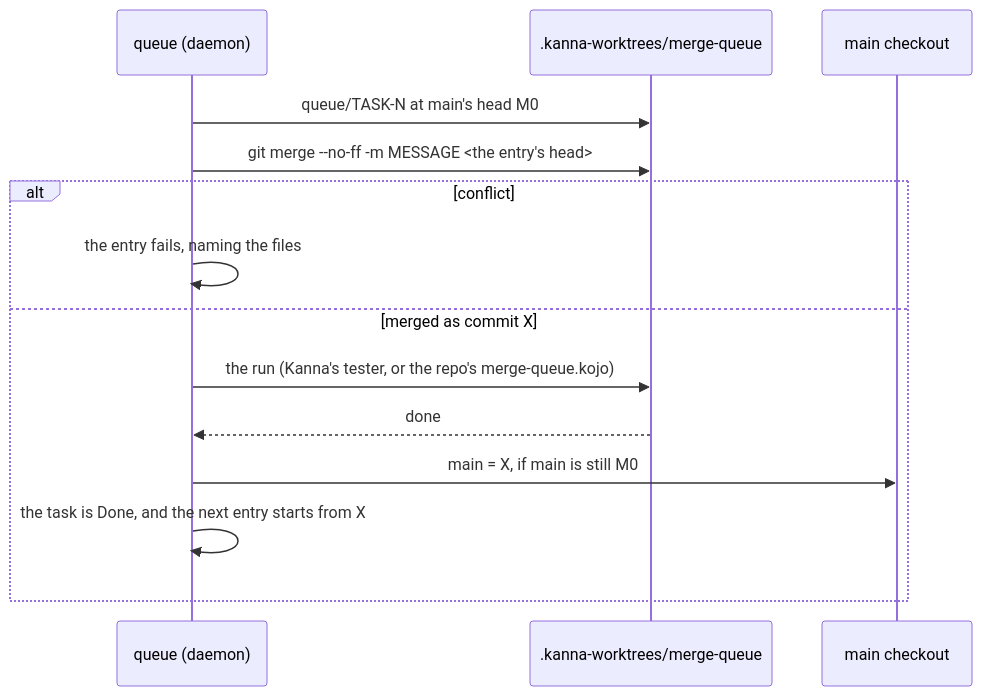
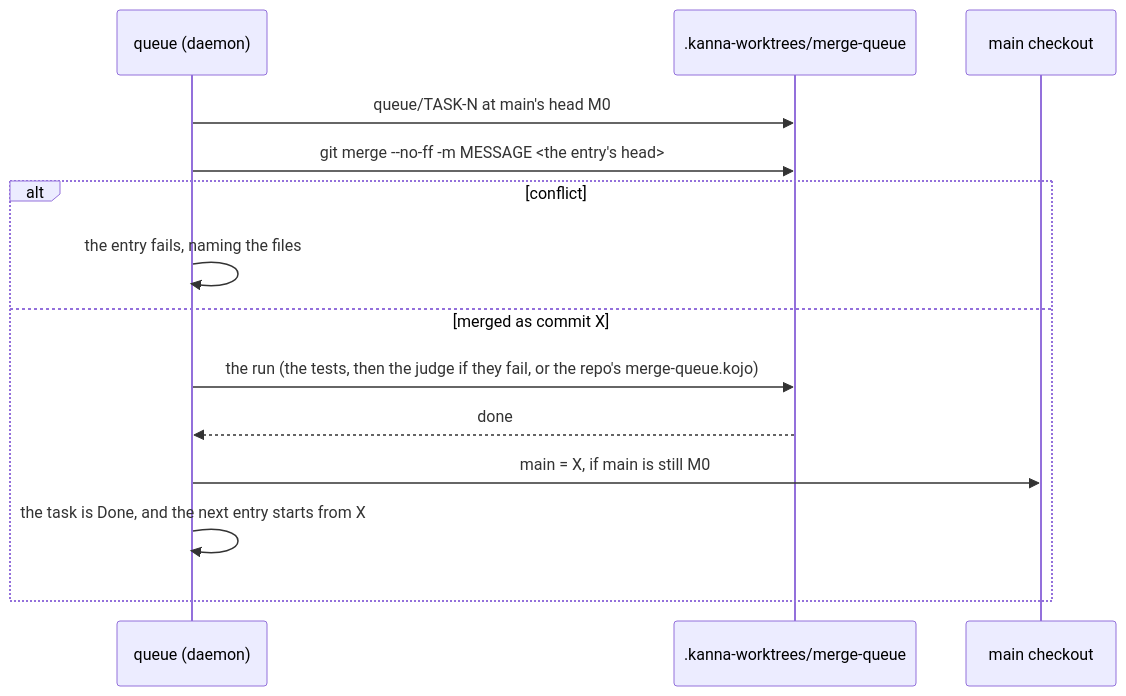
The second of 5 diagrams in docs/specs/merge-queue.md (tampopogk/kanna), drawn with Mermaid before and after one commit. The commit also changed other lines of this file and 16 other files, not shown here.

Commit message:
Merge queue specs: the daemon runs the tests and a judge decides only a failure (merge-queue.md), run commands get their own spec (run-commands.md), the tab shows judging and needs-you entries; mockup and pictures follow

````diff
--- a/docs/specs/merge-queue.md
+++ b/docs/specs/merge-queue.md
@@ -61,16 +65,16 @@
 ```mermaid
 sequenceDiagram
     participant Q as queue (daemon)
     participant W as .kanna-worktrees/merge-queue
     participant M as main checkout
     Q->>W: queue/TASK-N at main's head M0
     Q->>W: git merge --no-ff -m MESSAGE <the entry's head>
     alt conflict
         Q->>Q: the entry fails, naming the files
     else merged as commit X
-        Q->>W: the run (Kanna's tester, or the repo's merge-queue.kojo)
+        Q->>W: the run (the tests, then the judge if they fail, or the repo's merge-queue.kojo)
         W-->>Q: done
         Q->>M: main = X, if main is still M0
         Q->>Q: the task is Done, and the next entry starts from X
     end
 ```
````
